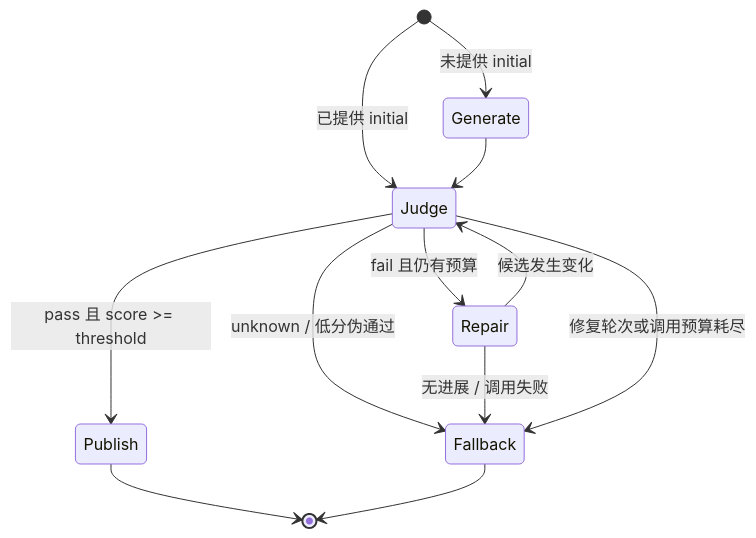
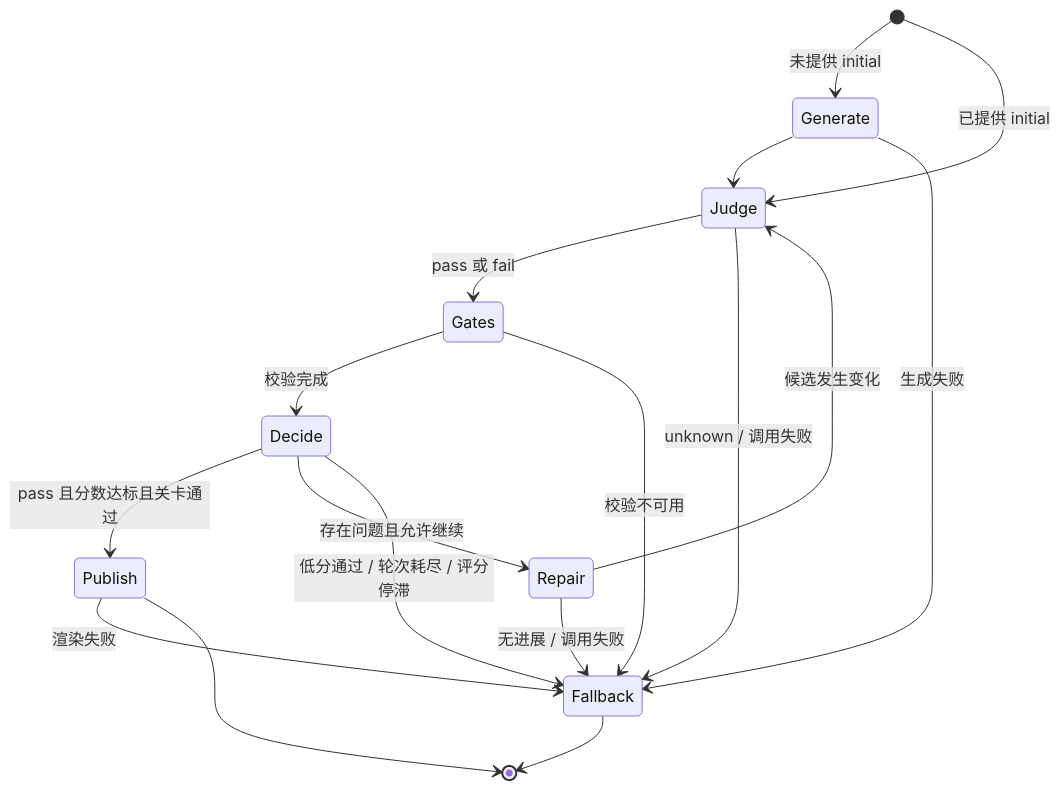
Before and after one commit to yufen0922/verifigen: the diagram in docs/architecture.md, drawn with Mermaid. The commit also changed other lines of this file and 17 other files, not shown here.

````diff
--- a/docs/architecture.md
+++ b/docs/architecture.md
@@ -32,14 +36,19 @@
 ```mermaid
 stateDiagram-v2
     [*] --> Generate: 未提供 initial
     [*] --> Judge: 已提供 initial
     Generate --> Judge
-    Judge --> Publish: pass 且 score >= threshold
-    Judge --> Repair: fail 且仍有预算
+    Judge --> Gates: pass 或 fail
+    Gates --> Decide: 校验完成
+    Gates --> Fallback: 校验不可用
+    Decide --> Publish: pass 且分数达标且关卡通过
+    Decide --> Repair: 存在问题且允许继续
     Repair --> Judge: 候选发生变化
-    Judge --> Fallback: unknown / 低分伪通过
+    Judge --> Fallback: unknown / 调用失败
+    Decide --> Fallback: 低分通过 / 轮次耗尽 / 评分停滞
     Repair --> Fallback: 无进展 / 调用失败
-    Judge --> Fallback: 修复轮次或调用预算耗尽
+    Generate --> Fallback: 生成失败
+    Publish --> Fallback: 渲染失败
     Publish --> [*]
     Fallback --> [*]
 ```
````
